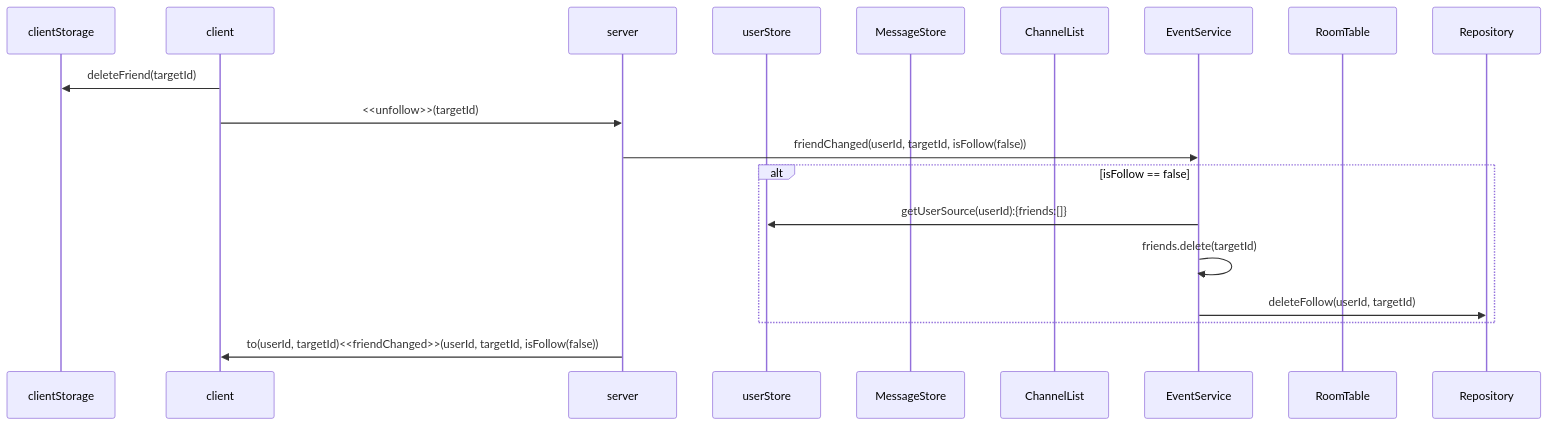
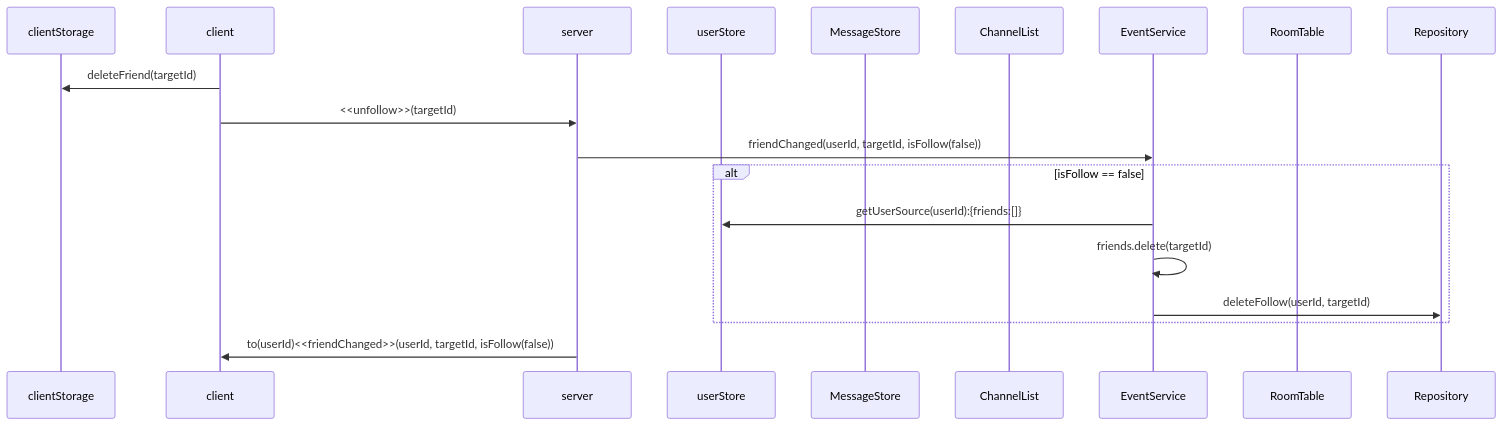
Before and after one commit to mtak0235/simmons_transcendence: the eighth of 19 diagrams in backend/node/app/event.md, drawn with Mermaid. The commit also changed other lines of this file and 6 other files, not shown here.

````diff
--- a/backend/node/app/event.md
+++ b/backend/node/app/event.md
@@ -208,22 +206,22 @@
 ```mermaid
 sequenceDiagram
 participant cls as clientStorage
 participant c as client
 participant ga as server
 participant ss as userStore
 participant ms as MessageStore
 participant cns as ChannelList
 participant cs as EventService
 participant rt as RoomTable
 participant r as Repository
 
 c->>cls: deleteFriend(targetId)
 c->>ga: <<unfollow>>(targetId)
 ga->>cs: friendChanged(userId, targetId, isFollow(false))
 alt isFollow == false
 cs->>ss: getUserSource(userId):{friends:[]}
 cs->>cs: friends.delete(targetId)
 cs->>r: deleteFollow(userId, targetId)
 end
-ga->>c: to(userId, targetId)<<friendChanged>>(userId, targetId, isFollow(false))
+ga->>c: to(userId)<<friendChanged>>(userId, targetId, isFollow(false))
 ```
````
